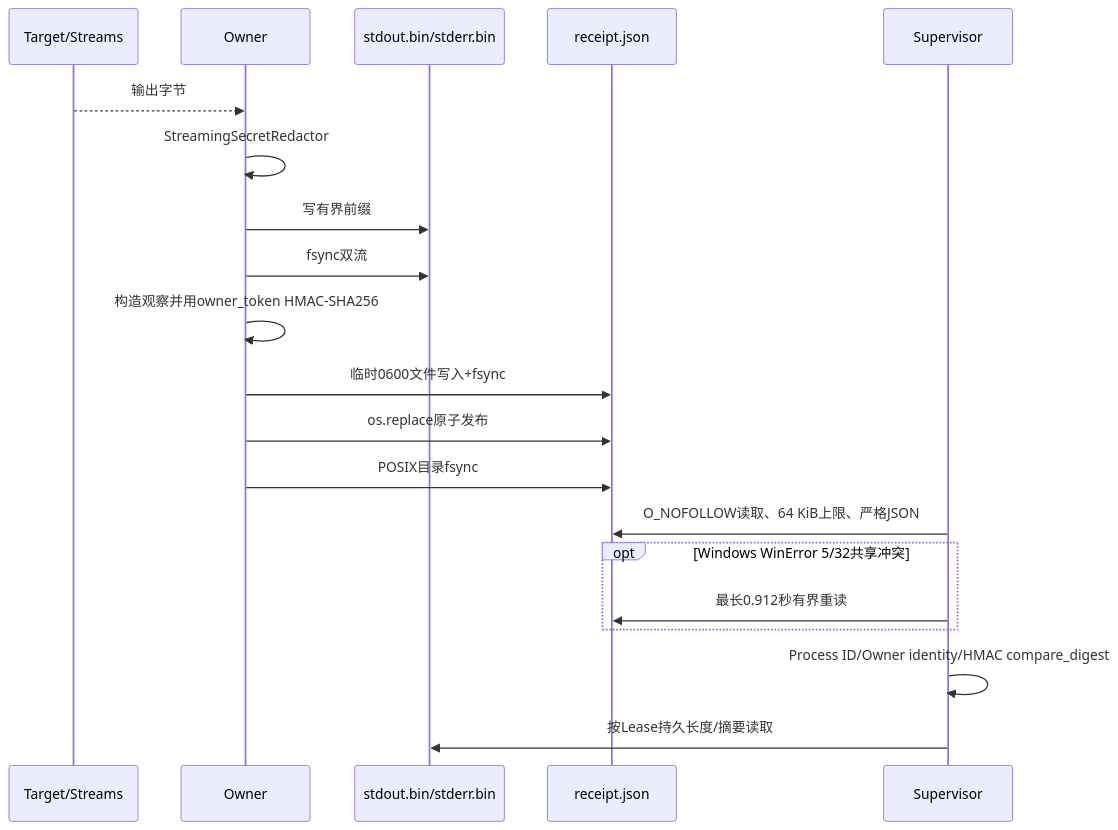
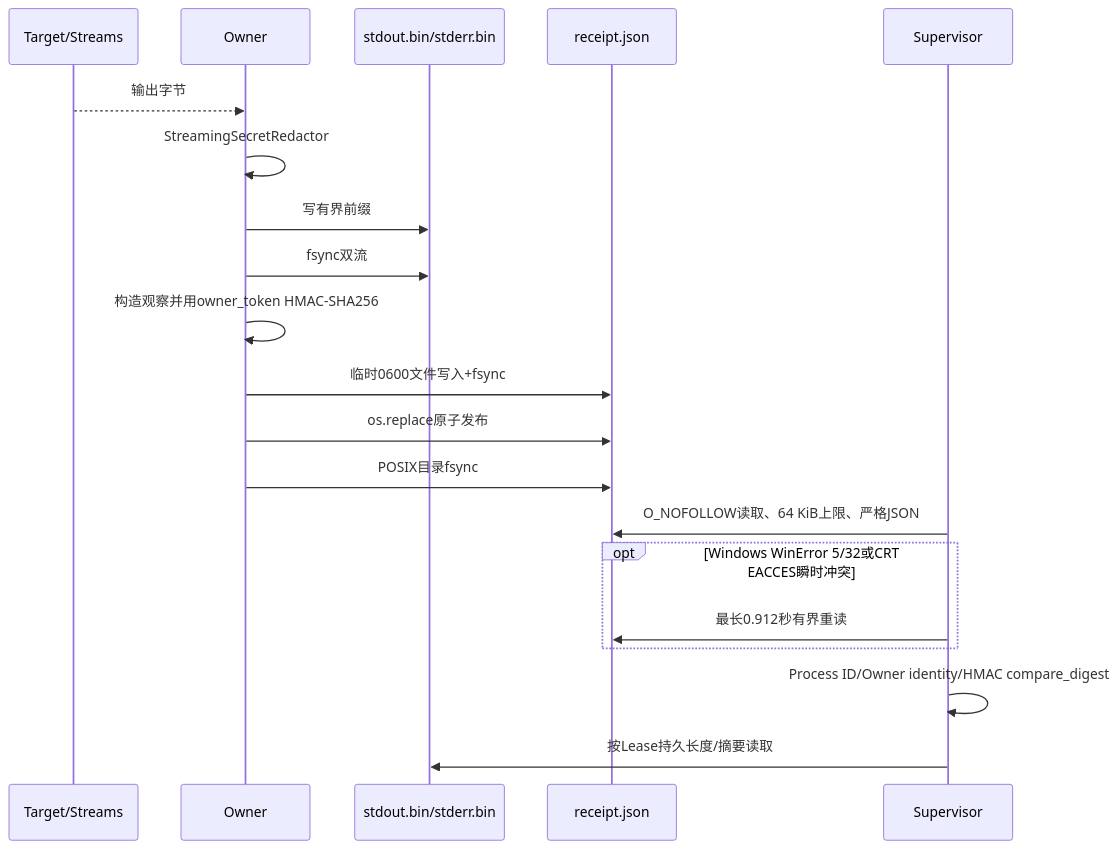
One commit to carrie1988/Harnessix changed diagram 13 of 18 in docs/modules/processes.md. Above: the diagram before and after it, drawn with Mermaid. The commit also changed other lines of this file and 3 other files, not shown here.

````diff
--- a/docs/modules/processes.md
+++ b/docs/modules/processes.md
@@ -824,22 +824,22 @@
 ```mermaid
 sequenceDiagram
     participant T as Target/Streams
     participant O as Owner
     participant F as stdout.bin/stderr.bin
     participant R as receipt.json
     participant S as Supervisor
     T-->>O: 输出字节
     O->>O: StreamingSecretRedactor
     O->>F: 写有界前缀
     O->>F: fsync双流
     O->>O: 构造观察并用owner_token HMAC-SHA256
     O->>R: 临时0600文件写入+fsync
     O->>R: os.replace原子发布
     O->>R: POSIX目录fsync
     S->>R: O_NOFOLLOW读取、64 KiB上限、严格JSON
-    opt Windows WinError 5/32共享冲突
+    opt Windows WinError 5/32或CRT EACCES瞬时冲突
         S->>R: 最长0.912秒有界重读
     end
     S->>S: Process ID/Owner identity/HMAC compare_digest
     S->>F: 按Lease持久长度/摘要读取
 ```
````
